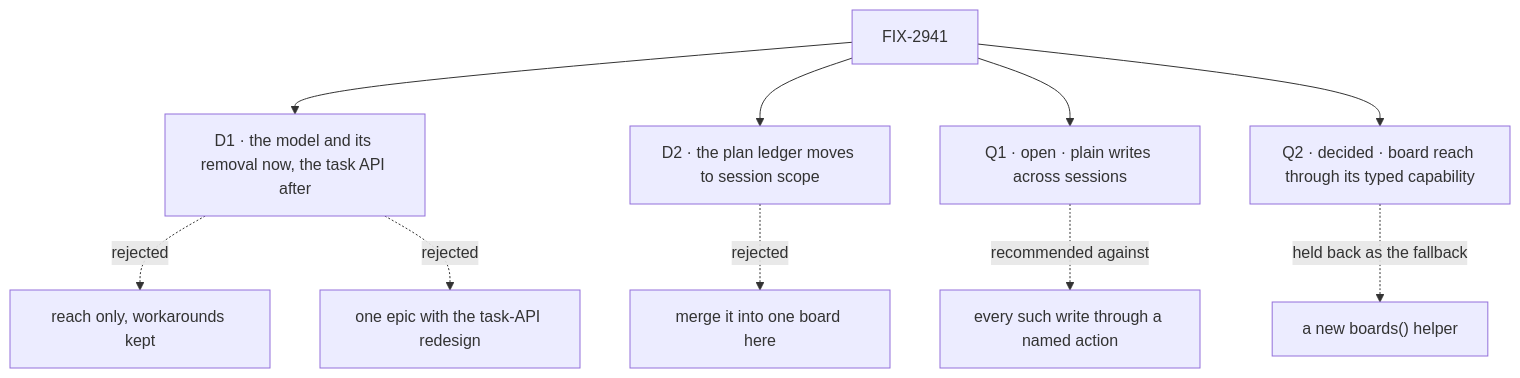
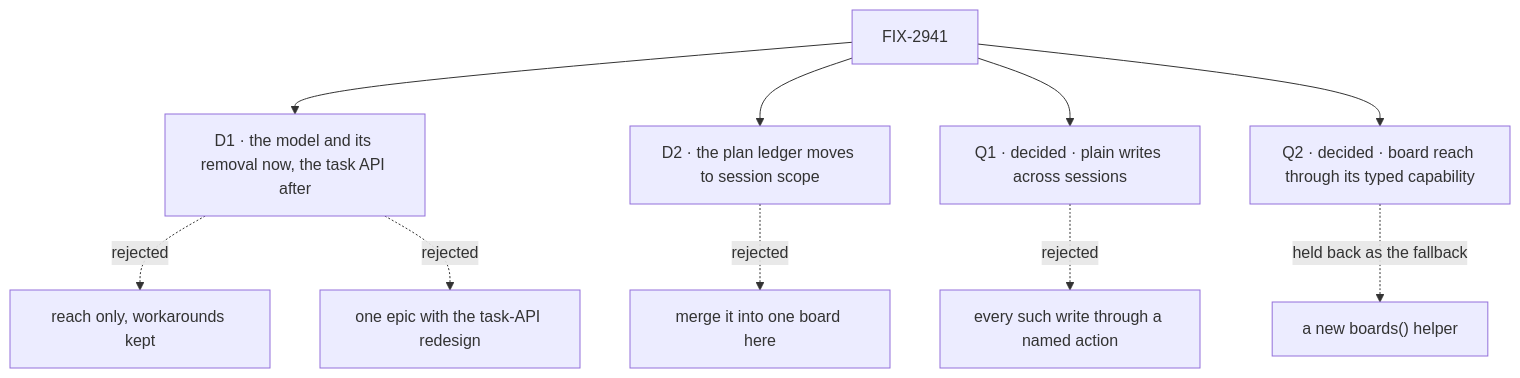
Before and after one commit to fixpoint-labs/flow-state-dev: the diagram in specs/epics/FIX-2941/DECISIONS.md, drawn with Mermaid. The commit also changed other lines of this file and 2 other files, not shown here.

First line of the commit message:
docs: record Q1, plain writes across sessions by default (FIX-2941)

````diff
--- a/specs/epics/FIX-2941/DECISIONS.md
+++ b/specs/epics/FIX-2941/DECISIONS.md
@@ -13,12 +13,12 @@
 ```mermaid
 flowchart TD
   E["FIX-2941"] --> D1["D1 · the model and its removal now, the task API after"]
   D1 -.->|"rejected"| X1["reach only, workarounds kept"]
   D1 -.->|"rejected"| X2["one epic with the task-API redesign"]
   E --> D2["D2 · the plan ledger moves to session scope"]
   D2 -.->|"rejected"| X3["merge it into one board here"]
-  E --> Q1["Q1 · open · plain writes across sessions"]
-  Q1 -.->|"recommended against"| X4["every such write through a named action"]
+  E --> Q1["Q1 · decided · plain writes across sessions"]
+  Q1 -.->|"rejected"| X4["every such write through a named action"]
   E --> Q2["Q2 · decided · board reach through its typed capability"]
   Q2 -.->|"held back as the fallback"| X5["a new boards() helper"]
 ```
````
